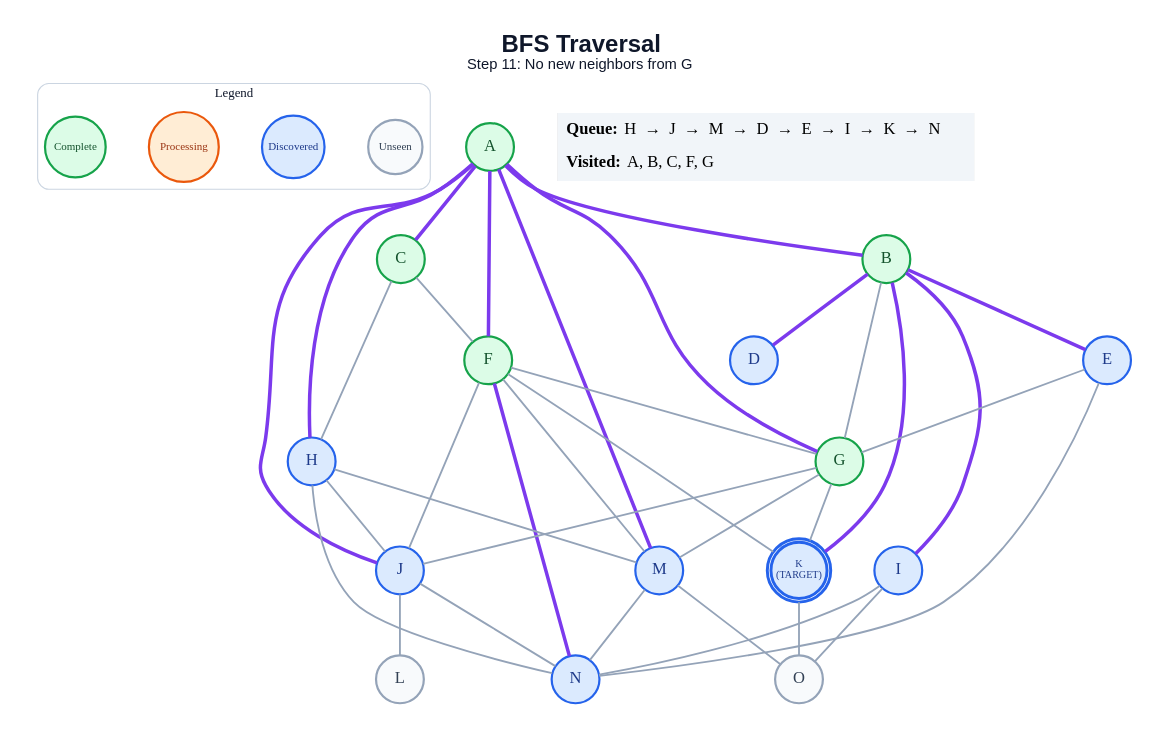
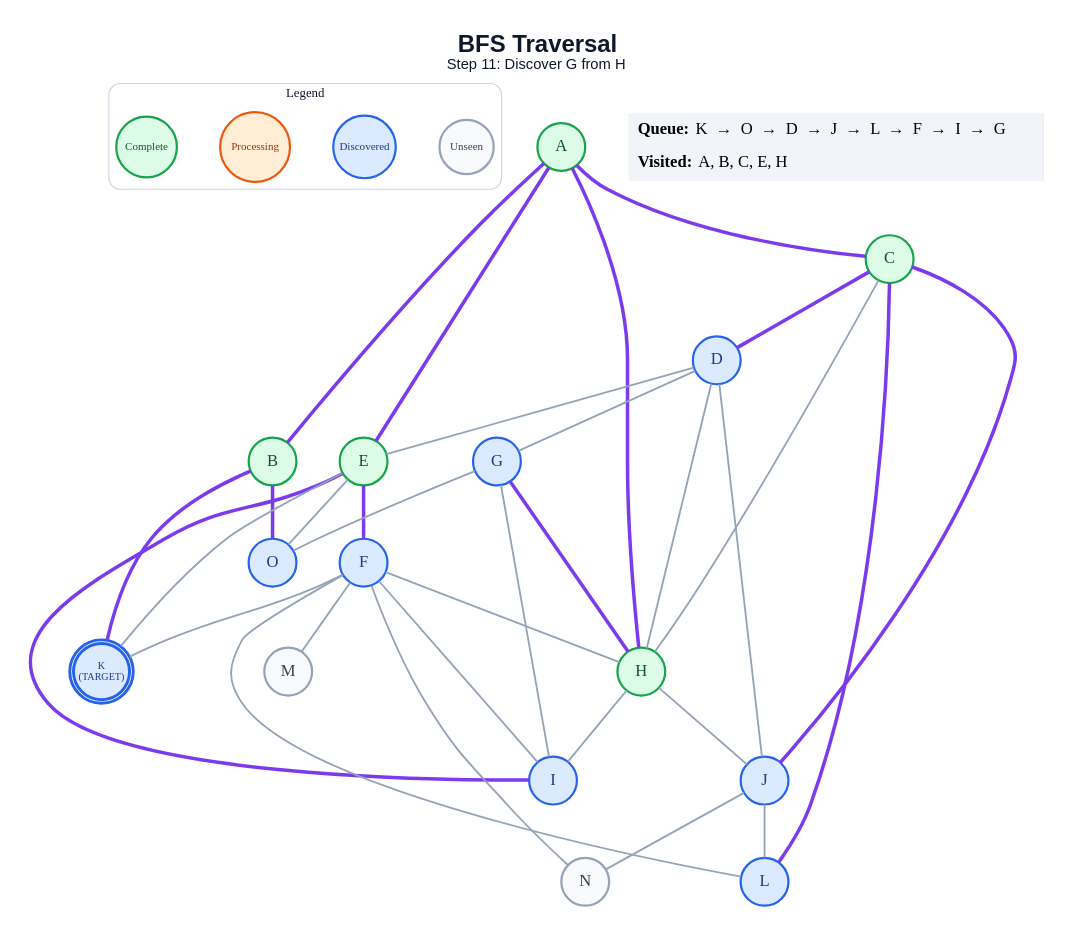
The diagram in generated/specific-node/bfs/step_11.dot (anon7238593-create/ai-slop), drawn with Graphviz before and after one commit. The commit also changed 217 other files, not shown here.

```diff
--- a/generated/specific-node/bfs/step_11.dot
+++ b/generated/specific-node/bfs/step_11.dot
@@ -1,68 +1,65 @@
 graph traversal {
   graph [layout=dot, rankdir=TB, bgcolor="#FFFFFF", pad="0.35", nodesep="0.65", ranksep="0.8", fontname="Arial"];
   node [shape=circle, style="filled", fontname="Arial Bold", fontsize=18, width=0.72, fixedsize=true, penwidth=2.4];
   edge [color="#94A3B8", penwidth=2.0];
-  label=<<B>BFS Traversal</B><BR/><FONT POINT-SIZE="16">Step 11: No new neighbors from G</FONT>>; labelloc="t"; fontsize=26; fontname="Arial"; fontcolor="#0F172A";
+  label=<<B>BFS Traversal</B><BR/><FONT POINT-SIZE="16">Step 11: Discover G from H</FONT>>; labelloc="t"; fontsize=26; fontname="Arial"; fontcolor="#0F172A";
   subgraph cluster_legend { label="Legend"; color="#CBD5E1"; penwidth=1.2; style="rounded"; fontsize=14; fontname="Arial Bold";
     key_unseen [label="Unseen", fillcolor="#F8FAFC", color="#94A3B8", fontcolor="#334155", fontsize=12, width=0.82];
     key_frontier [label="Discovered", fillcolor="#DBEAFE", color="#2563EB", fontcolor="#1E3A8A", fontsize=12, width=0.95];
     key_current [label="Processing", fillcolor="#FFEDD5", color="#EA580C", fontcolor="#9A3412", fontsize=12, width=1.05];
     key_done [label="Complete", fillcolor="#DCFCE7", color="#16A34A", fontcolor="#14532D", fontsize=12, width=0.92];
     { rank=same; key_unseen; key_frontier; key_current; key_done; }
   }
   A [label="A", fillcolor="#DCFCE7", color="#16A34A", fontcolor="#14532D", peripheries=1, penwidth=2.4];
   B [label="B", fillcolor="#DCFCE7", color="#16A34A", fontcolor="#14532D", peripheries=1, penwidth=2.4];
   C [label="C", fillcolor="#DCFCE7", color="#16A34A", fontcolor="#14532D", peripheries=1, penwidth=2.4];
   D [label="D", fillcolor="#DBEAFE", color="#2563EB", fontcolor="#1E3A8A", peripheries=1, penwidth=2.4];
-  E [label="E", fillcolor="#DBEAFE", color="#2563EB", fontcolor="#1E3A8A", peripheries=1, penwidth=2.4];
-  F [label="F", fillcolor="#DCFCE7", color="#16A34A", fontcolor="#14532D", peripheries=1, penwidth=2.4];
-  G [label="G", fillcolor="#DCFCE7", color="#16A34A", fontcolor="#14532D", peripheries=1, penwidth=2.4];
-  H [label="H", fillcolor="#DBEAFE", color="#2563EB", fontcolor="#1E3A8A", peripheries=1, penwidth=2.4];
+  E [label="E", fillcolor="#DCFCE7", color="#16A34A", fontcolor="#14532D", peripheries=1, penwidth=2.4];
+  F [label="F", fillcolor="#DBEAFE", color="#2563EB", fontcolor="#1E3A8A", peripheries=1, penwidth=2.4];
+  G [label="G", fillcolor="#DBEAFE", color="#2563EB", fontcolor="#1E3A8A", peripheries=1, penwidth=2.4];
+  H [label="H", fillcolor="#DCFCE7", color="#16A34A", fontcolor="#14532D", peripheries=1, penwidth=2.4];
   I [label="I", fillcolor="#DBEAFE", color="#2563EB", fontcolor="#1E3A8A", peripheries=1, penwidth=2.4];
   J [label="J", fillcolor="#DBEAFE", color="#2563EB", fontcolor="#1E3A8A", peripheries=1, penwidth=2.4];
   K [label="K\n(TARGET)", fillcolor="#DBEAFE", color="#2563EB", fontcolor="#1E3A8A", peripheries=2, penwidth=3.2, fontsize=11, width=0.85, height=0.85];
-  L [label="L", fillcolor="#F8FAFC", color="#94A3B8", fontcolor="#334155", peripheries=1, penwidth=2.4];
-  M [label="M", fillcolor="#DBEAFE", color="#2563EB", fontcolor="#1E3A8A", peripheries=1, penwidth=2.4];
-  N [label="N", fillcolor="#DBEAFE", color="#2563EB", fontcolor="#1E3A8A", peripheries=1, penwidth=2.4];
-  O [label="O", fillcolor="#F8FAFC", color="#94A3B8", fontcolor="#334155", peripheries=1, penwidth=2.4];
+  L [label="L", fillcolor="#DBEAFE", color="#2563EB", fontcolor="#1E3A8A", peripheries=1, penwidth=2.4];
+  M [label="M", fillcolor="#F8FAFC", color="#94A3B8", fontcolor="#334155", peripheries=1, penwidth=2.4];
+  N [label="N", fillcolor="#F8FAFC", color="#94A3B8", fontcolor="#334155", peripheries=1, penwidth=2.4];
+  O [label="O", fillcolor="#DBEAFE", color="#2563EB", fontcolor="#1E3A8A", peripheries=1, penwidth=2.4];
   A -- B [color="#7C3AED", penwidth=3.8];
   A -- C [color="#7C3AED", penwidth=3.8];
-  A -- F [color="#7C3AED", penwidth=3.8];
-  A -- G [color="#7C3AED", penwidth=3.8];
+  A -- E [color="#7C3AED", penwidth=3.8];
   A -- H [color="#7C3AED", penwidth=3.8];
-  A -- J [color="#7C3AED", penwidth=3.8];
-  A -- M [color="#7C3AED", penwidth=3.8];
-  B -- D [color="#7C3AED", penwidth=3.8];
-  B -- E [color="#7C3AED", penwidth=3.8];
-  B -- G;
-  B -- I [color="#7C3AED", penwidth=3.8];
   B -- K [color="#7C3AED", penwidth=3.8];
-  C -- F;
+  B -- O [color="#7C3AED", penwidth=3.8];
+  C -- D [color="#7C3AED", penwidth=3.8];
   C -- H;
-  E -- G;
-  E -- N;
-  F -- G;
-  F -- J;
+  C -- J [color="#7C3AED", penwidth=3.8];
+  C -- L [color="#7C3AED", penwidth=3.8];
+  D -- E;
+  D -- G;
+  D -- H;
+  D -- J;
+  E -- F [color="#7C3AED", penwidth=3.8];
+  E -- I [color="#7C3AED", penwidth=3.8];
+  E -- K;
+  E -- O;
+  F -- H;
+  F -- I;
   F -- K;
+  F -- L;
   F -- M;
-  F -- N [color="#7C3AED", penwidth=3.8];
-  G -- J;
-  G -- K;
-  G -- M;
+  F -- N;
+  G -- H [color="#7C3AED", penwidth=3.8];
+  G -- I;
+  G -- O;
+  H -- I;
   H -- J;
-  H -- M;
-  H -- N;
-  I -- N;
-  I -- O;
   J -- L;
   J -- N;
-  K -- O;
-  M -- N;
-  M -- O;
   status [shape=plain, fixedsize=false, width=0, height=0, margin=0, label=<
     <TABLE BORDER="0" CELLBORDER="0" CELLPADDING="7" BGCOLOR="#F1F5F9">
-      <TR><TD ALIGN="LEFT"><B>Queue:</B> H  →  J  →  M  →  D  →  E  →  I  →  K  →  N</TD></TR>
-      <TR><TD ALIGN="LEFT"><B>Visited:</B> A, B, C, F, G</TD></TR>
+      <TR><TD ALIGN="LEFT"><B>Queue:</B> K  →  O  →  D  →  J  →  L  →  F  →  I  →  G</TD></TR>
+      <TR><TD ALIGN="LEFT"><B>Visited:</B> A, B, C, E, H</TD></TR>
     </TABLE>
   >];
 }
```
